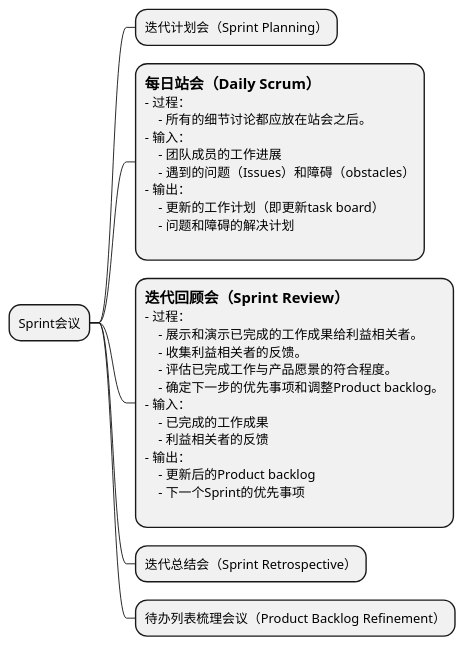
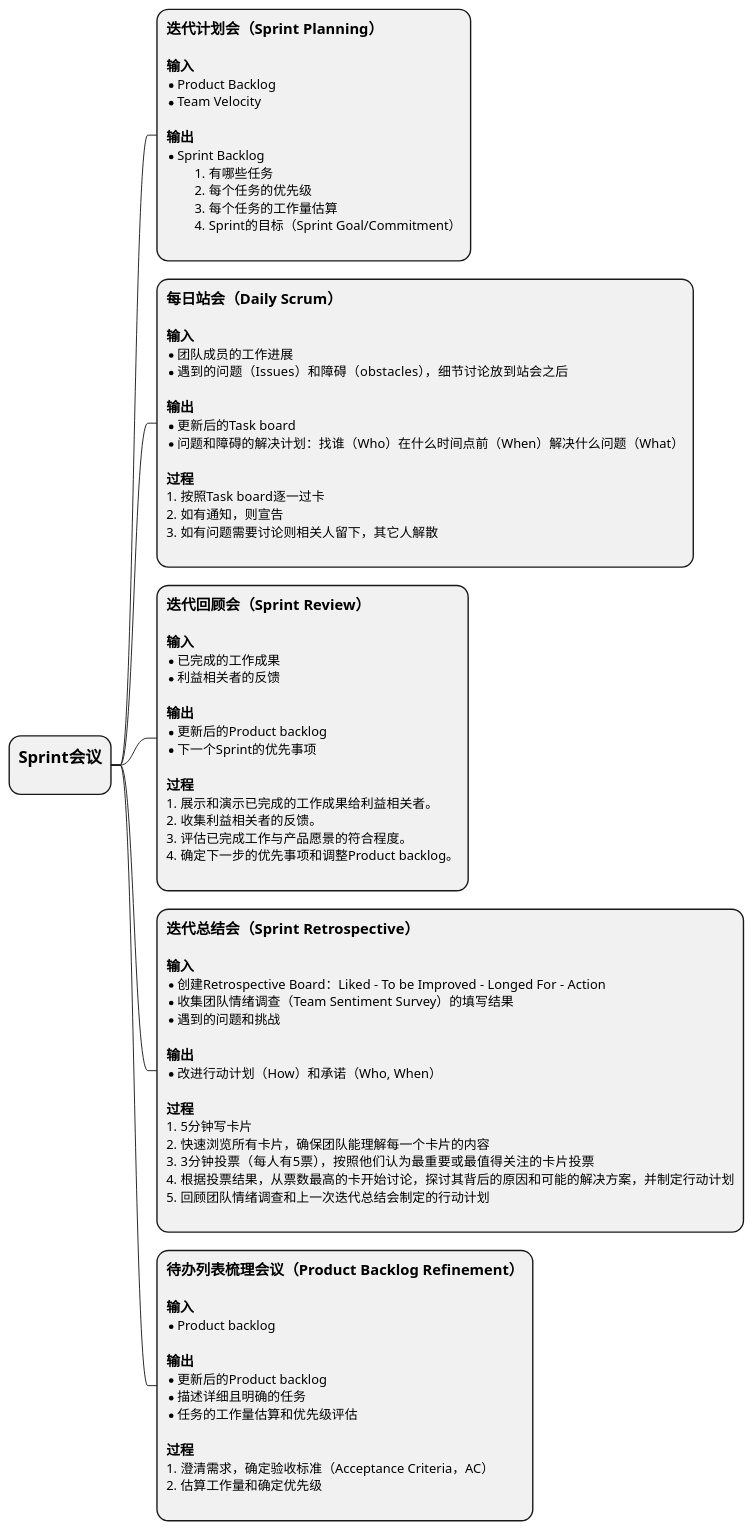
The tenth of 11 diagrams in content/insights/what_is_agile/index.zh-cn.raw.md (lem-org/lem-org.github.io), drawn with PlantUML before and after one commit. The commit also changed other lines of this file and 10 other files, not shown here.

````diff
--- a/content/insights/what_is_agile/index.zh-cn.raw.md
+++ b/content/insights/what_is_agile/index.zh-cn.raw.md
@@ -262,37 +431,87 @@
 ```plantuml
 @startmindmap
-* Sprint会议
-
-** 迭代计划会（Sprint Planning）
-
-**:==每日站会（Daily Scrum）
-- 过程：
-    - 所有的细节讨论都应放在站会之后。
-- 输入：
-    - 团队成员的工作进展
-    - 遇到的问题（Issues）和障碍（obstacles）
-- 输出：
-    - 更新的工作计划（即更新task board）
-    - 问题和障碍的解决计划
+*:= Sprint会议
 ;
 
-**:==迭代回顾会（Sprint Review）
-- 过程：
-    - 展示和演示已完成的工作成果给利益相关者。
-    - 收集利益相关者的反馈。
-    - 评估已完成工作与产品愿景的符合程度。
-    - 确定下一步的优先事项和调整Product backlog。
-- 输入：
-    - 已完成的工作成果
-    - 利益相关者的反馈
-- 输出：
-    - 更新后的Product backlog
-    - 下一个Sprint的优先事项
+**:== 迭代计划会（Sprint Planning）
+
+=== 输入
+* Product Backlog
+* Team Velocity
+
+=== 输出
+* Sprint Backlog
+### 有哪些任务
+### 每个任务的优先级
+### 每个任务的工作量估算
+### Sprint的目标（Sprint Goal/Commitment）
 ;
 
-** 迭代总结会（Sprint Retrospective）
+**:== 每日站会（Daily Scrum）
 
-** 待办列表梳理会议（Product Backlog Refinement）
+=== 输入
+* 团队成员的工作进展
+* 遇到的问题（Issues）和障碍（obstacles），细节讨论放到站会之后
+
+=== 输出
+* 更新后的Task board
+* 问题和障碍的解决计划：找谁（Who）在什么时间点前（When）解决什么问题（What）
+
+=== 过程
+# 按照Task board逐一过卡
+# 如有通知，则宣告
+# 如有问题需要讨论则相关人留下，其它人解散
+;
+
+**:== 迭代回顾会（Sprint Review）
+
+=== 输入
+* 已完成的工作成果
+* 利益相关者的反馈
+
+=== 输出
+* 更新后的Product backlog
+* 下一个Sprint的优先事项
+
+=== 过程
+# 展示和演示已完成的工作成果给利益相关者。
+# 收集利益相关者的反馈。
+# 评估已完成工作与产品愿景的符合程度。
+# 确定下一步的优先事项和调整Product backlog。
+;
+
+**:== 迭代总结会（Sprint Retrospective）
+
+=== 输入
+* 创建Retrospective Board：Liked - To be Improved - Longed For - Action
+* 收集团队情绪调查（Team Sentiment Survey）的填写结果
+* 遇到的问题和挑战
+
+=== 输出
+* 改进行动计划（How）和承诺（Who, When）
+
+=== 过程
+# 5分钟写卡片
+# 快速浏览所有卡片，确保团队能理解每一个卡片的内容
+# 3分钟投票（每人有5票），按照他们认为最重要或最值得关注的卡片投票
+# 根据投票结果，从票数最高的卡开始讨论，探讨其背后的原因和可能的解决方案，并制定行动计划
+# 回顾团队情绪调查和上一次迭代总结会制定的行动计划
+;
+
+**:== 待办列表梳理会议（Product Backlog Refinement）
+
+=== 输入
+* Product backlog
+
+=== 输出
+* 更新后的Product backlog
+* 描述详细且明确的任务
+* 任务的工作量估算和优先级评估
+
+=== 过程
+# 澄清需求，确定验收标准（Acceptance Criteria，AC）
+# 估算工作量和确定优先级
+;
 
 @endmindmap
 ```
````
